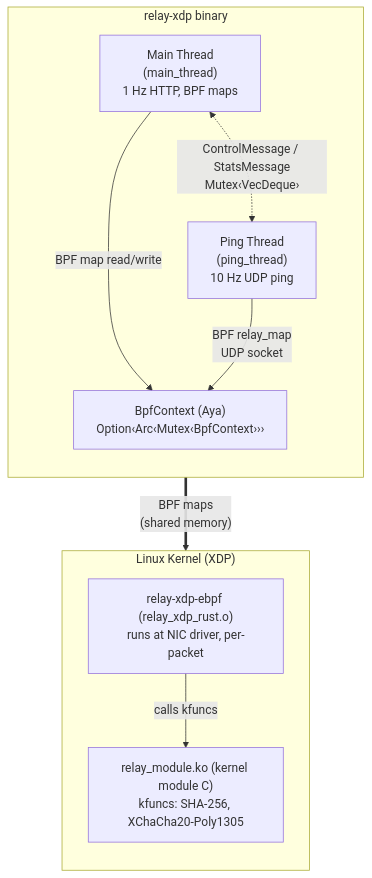
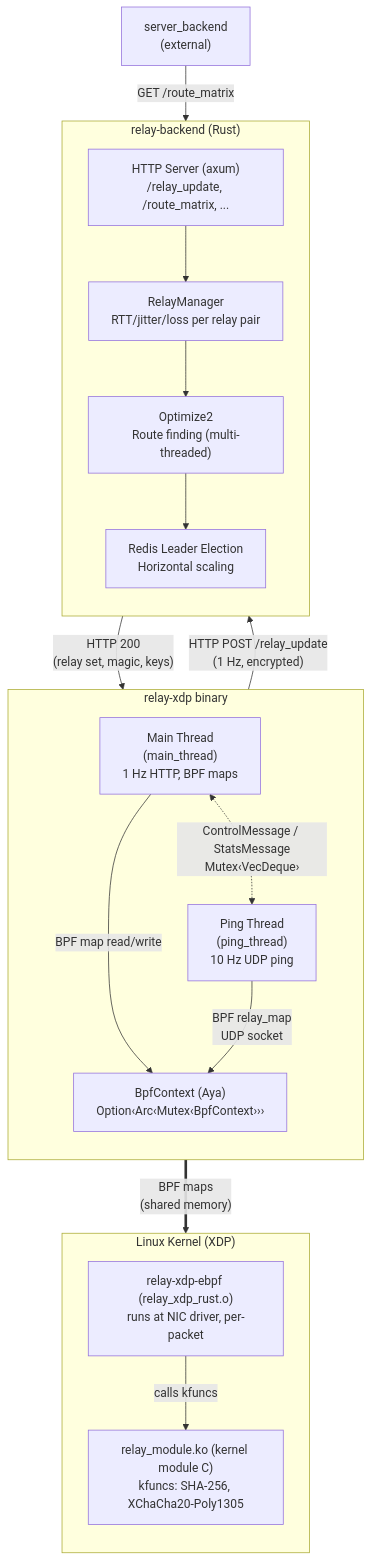
Before and after one commit to brianpht/relay-xdp: the first of 8 diagrams in docs/architecture.md, drawn with Mermaid. The commit also changed other lines of this file and 20 other files, not shown here.

Commit message:
Add relay backend library and configuration modules

````diff
--- a/docs/architecture.md
+++ b/docs/architecture.md
@@ -104,19 +127,33 @@
 ```mermaid
 flowchart TB
     subgraph US["relay-xdp binary"]
         direction TB
         MT["Main Thread\n(main_thread)\n1 Hz HTTP, BPF maps"]
         PT["Ping Thread\n(ping_thread)\n10 Hz UDP ping"]
         MT <-.->|"ControlMessage / StatsMessage\nMutex‹VecDeque›"| PT
         BC["BpfContext (Aya)\nOption‹Arc‹Mutex‹BpfContext›››"]
         MT -->|"BPF map read/write"| BC
         PT -->|"BPF relay_map\nUDP socket"| BC
     end
+    subgraph BE["relay-backend (Rust)"]
+        direction TB
+        BH["HTTP Server (axum)\n/relay_update, /route_matrix, ..."]
+        RM["RelayManager\nRTT/jitter/loss per relay pair"]
+        OPT["Optimize2\nRoute finding (multi-threaded)"]
+        RD["Redis Leader Election\nHorizontal scaling"]
+        BH --> RM
+        RM --> OPT
+        OPT --> RD
+    end
     subgraph KN["Linux Kernel (XDP)"]
         direction TB
         EBPF["relay-xdp-ebpf (relay_xdp_rust.o)\nruns at NIC driver, per-packet"]
         MOD["relay_module.ko (kernel module C)\nkfuncs: SHA-256, XChaCha20-Poly1305"]
         EBPF -->|"calls kfuncs"| MOD
     end
+    SB["server_backend\n(external)"]
+    MT -->|"HTTP POST /relay_update\n(1 Hz, encrypted)"| BH
+    BH -->|"HTTP 200\n(relay set, magic, keys)"| MT
+    SB -->|"GET /route_matrix"| BH
     BC ==>|"BPF maps\n(shared memory)"| EBPF
 ```
````
